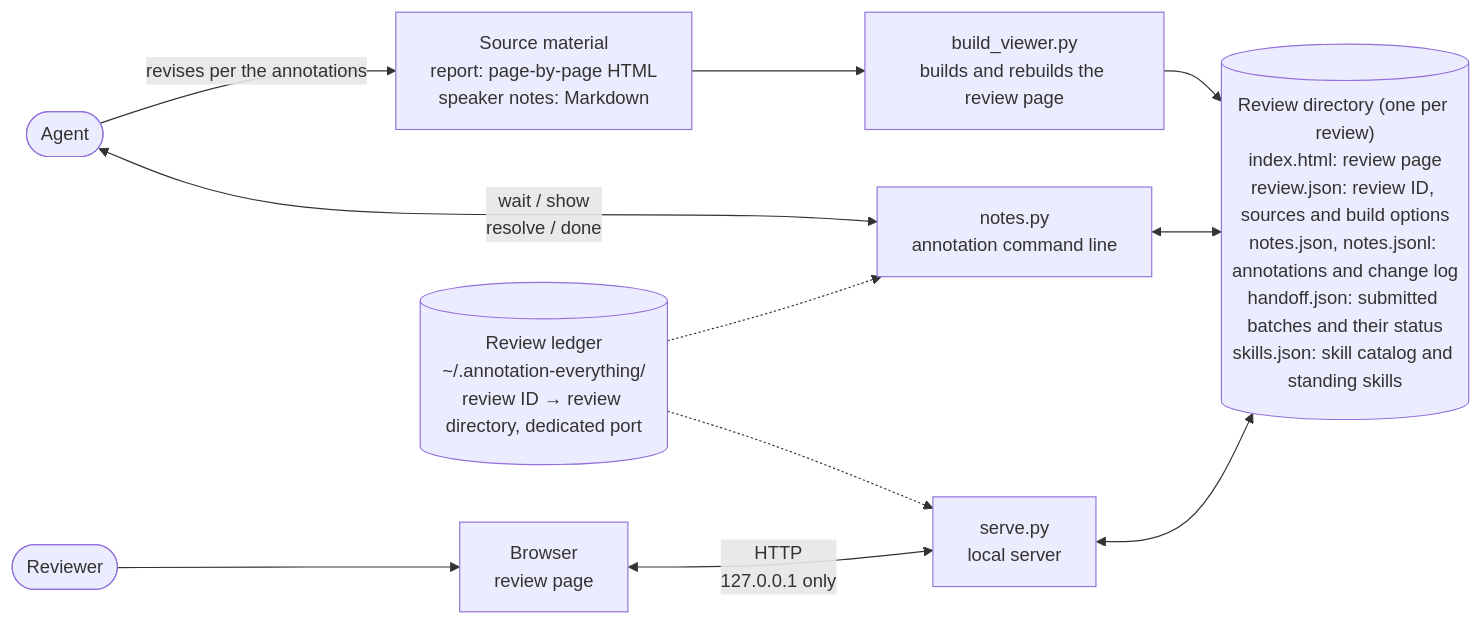
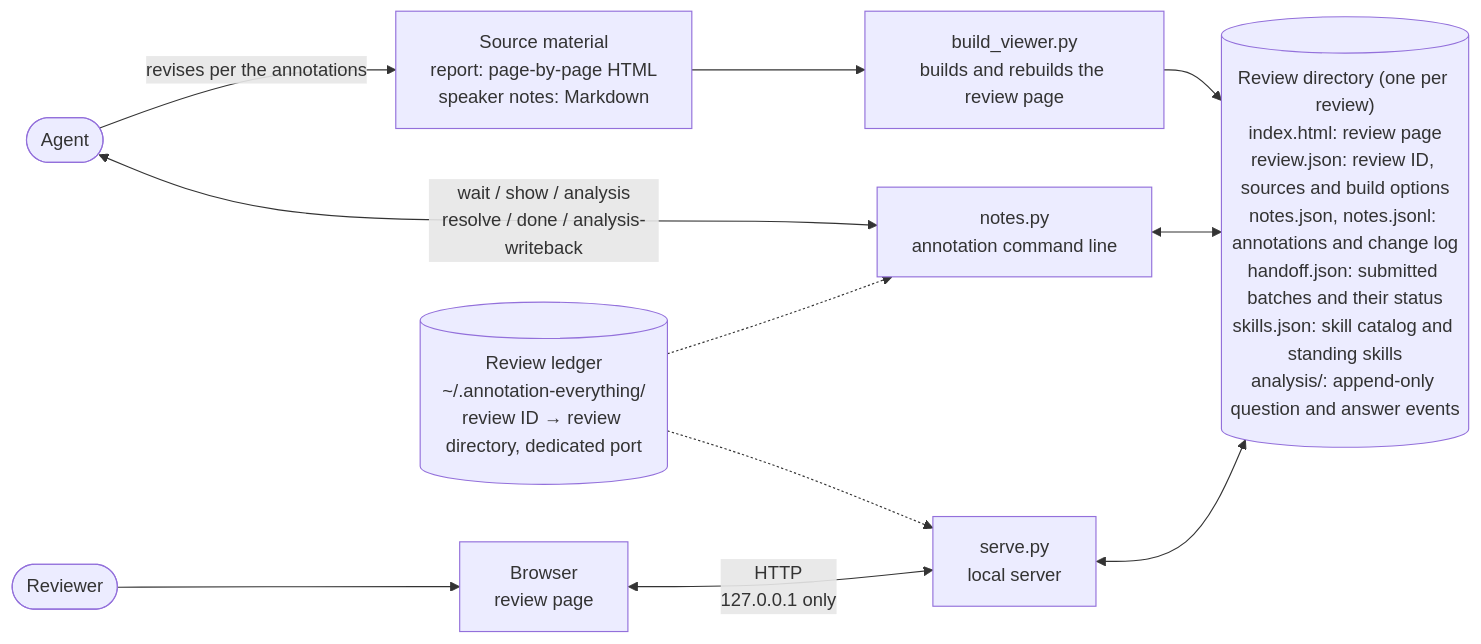
One commit to hezhongtang/annotation-everything changed the first of 4 diagrams in README.en.md. Above: the diagram before and after it, drawn with Mermaid. The commit also changed other lines of this file and 45 other files, not shown here.

````diff
--- a/README.en.md
+++ b/README.en.md
@@ -165,12 +191,12 @@
 ```mermaid
 flowchart LR
     U(["Reviewer"]) --> B["Browser<br>review page"]
     B <-->|"HTTP<br>127.0.0.1 only"| SV["serve.py<br>local server"]
-    SV <--> DIR[("Review directory (one per review)<br>index.html: review page<br>review.json: review ID, sources and build options<br>notes.json, notes.jsonl: annotations and change log<br>handoff.json: submitted batches and their status<br>skills.json: skill catalog and standing skills")]
+    SV <--> DIR[("Review directory (one per review)<br>index.html: review page<br>review.json: review ID, sources and build options<br>notes.json, notes.jsonl: annotations and change log<br>handoff.json: submitted batches and their status<br>skills.json: skill catalog and standing skills<br>analysis/: append-only question and answer events")]
     NP["notes.py<br>annotation command line"] <--> DIR
-    A(["Agent"]) <-->|"wait / show<br>resolve / done"| NP
+    A(["Agent"]) <-->|"wait / show / analysis<br>resolve / done / analysis-writeback"| NP
     A -->|"revises per the annotations"| SRC["Source material<br>report: page-by-page HTML<br>speaker notes: Markdown"]
     SRC --> BV["build_viewer.py<br>builds and rebuilds the review page"] --> DIR
     L[("Review ledger<br>~/.annotation-everything/<br>review ID → review directory, dedicated port")] -.-> SV
     L -.-> NP
 ```
````
